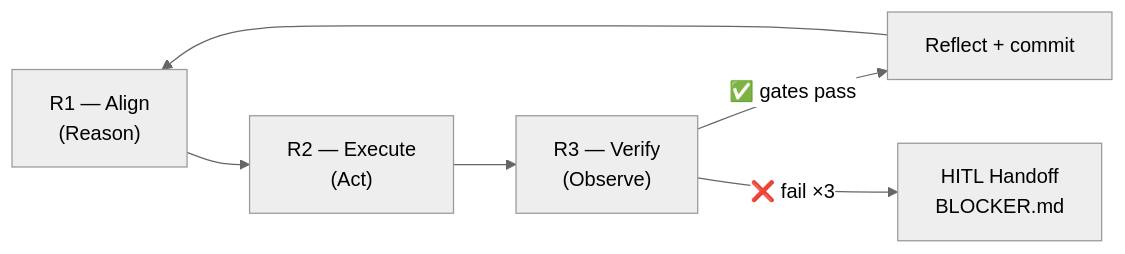
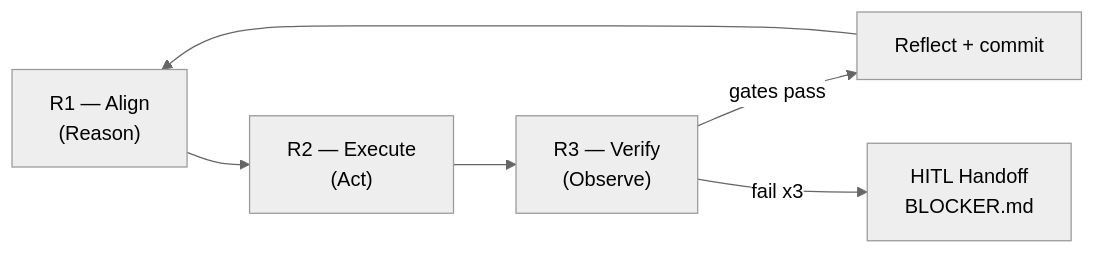
Before and after one commit to irixzafra/ai-dev-protocol: the diagram in README.md, drawn with Mermaid (neutral theme). The commit also changed other lines of this file and 140 other files, not shown here.

````diff
--- a/README.md
+++ b/README.md
@@ -104,8 +179,8 @@
 ```mermaid
 flowchart LR
     A["R1 — Align\n(Reason)"] --> B["R2 — Execute\n(Act)"]
     B --> C["R3 — Verify\n(Observe)"]
-    C -->|"✅ gates pass"| D["Reflect + commit"]
-    C -->|"❌ fail ×3"| E["HITL Handoff\nBLOCKER.md"]
+    C -->|"gates pass"| D["Reflect + commit"]
+    C -->|"fail x3"| E["HITL Handoff\nBLOCKER.md"]
     D --> A
 ```
````
